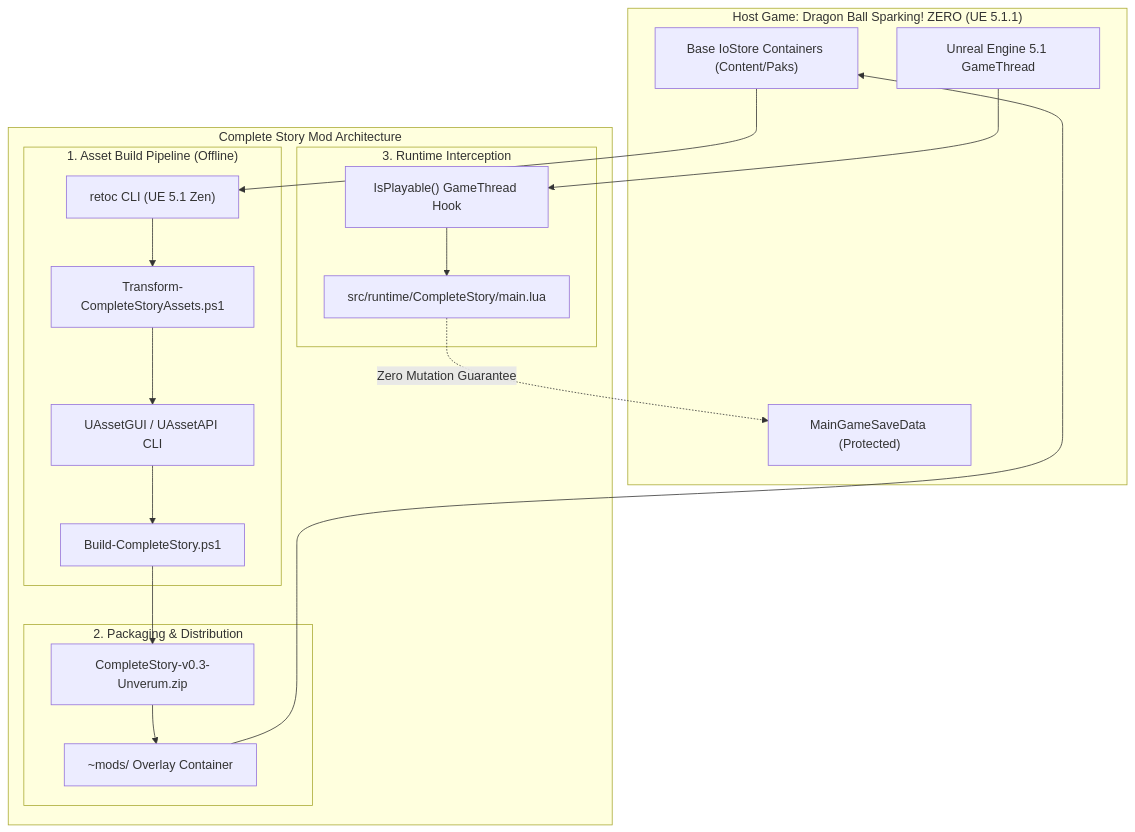
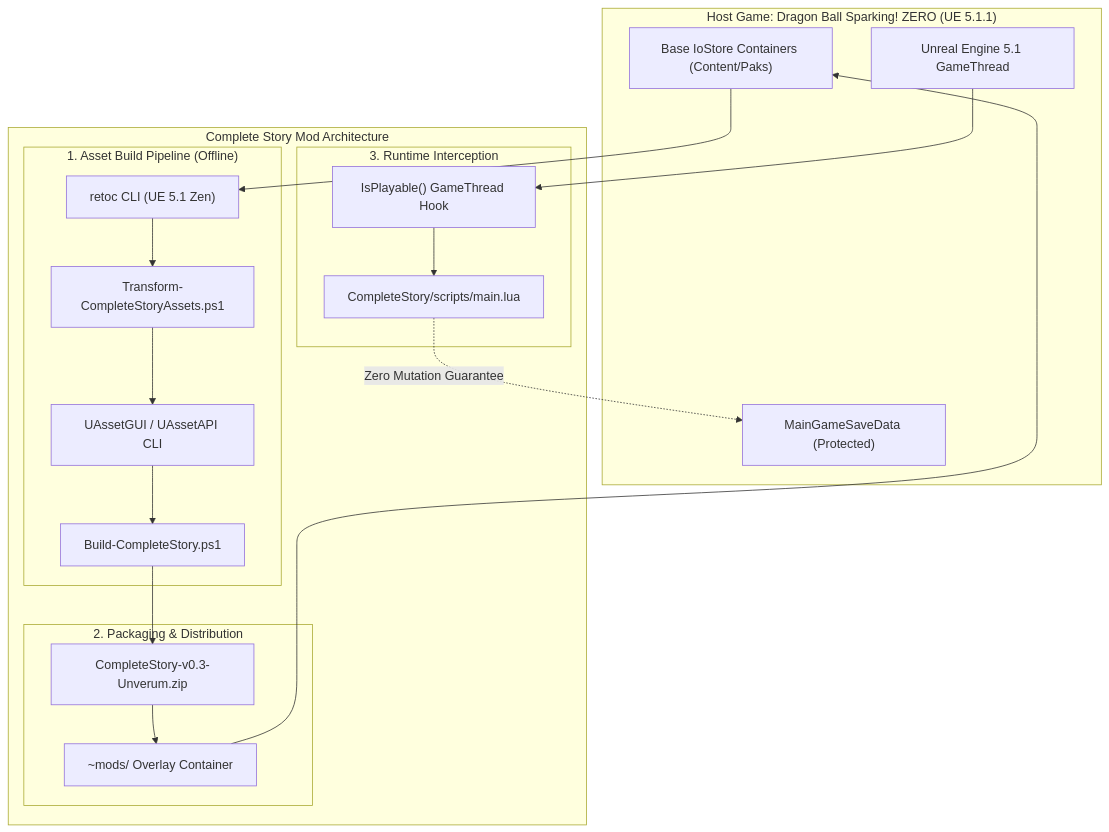
The first of 2 diagrams in docs/ARCHITECTURE.md (quirke0221-web/SparkingCompleteStory), drawn with Mermaid before and after one commit. The commit also changed other lines of this file and 10 other files, not shown here.

Commit message:
refactor(repo): adopt accessforge layout with root CompleteStory and helpers tooling

````diff
--- a/docs/ARCHITECTURE.md
+++ b/docs/ARCHITECTURE.md
@@ -13,38 +13,38 @@
 ```mermaid
 flowchart TB
     subgraph HostGame["Host Game: Dragon Ball Sparking! ZERO (UE 5.1.1)"]
         IoStore["Base IoStore Containers (Content/Paks)"]
         Engine["Unreal Engine 5.1 GameThread"]
         SaveSys["MainGameSaveData (Protected)"]
     end
 
     subgraph CompleteStorySystem["Complete Story Mod Architecture"]
         subgraph Subsystem1["1. Asset Build Pipeline (Offline)"]
             RetocTool["retoc CLI (UE 5.1 Zen)"]
             UAssetTool["UAssetGUI / UAssetAPI CLI"]
             TransformEngine["Transform-CompleteStoryAssets.ps1"]
             Orchestrator["Build-CompleteStory.ps1"]
         end
 
         subgraph Subsystem2["2. Packaging & Distribution"]
             UnverumZip["CompleteStory-v0.3-Unverum.zip"]
             ModOverlay["~mods/ Overlay Container"]
         end
 
         subgraph Subsystem3["3. Runtime Interception"]
-            UE4SSHook["src/runtime/CompleteStory/main.lua"]
+            UE4SSHook["CompleteStory/scripts/main.lua"]
             NativeInterceptor["IsPlayable() GameThread Hook"]
         end
     end
 
     IoStore --> RetocTool
     RetocTool --> TransformEngine
     TransformEngine --> UAssetTool
     UAssetTool --> Orchestrator
     Orchestrator --> UnverumZip
     UnverumZip --> ModOverlay
     ModOverlay --> IoStore
     Engine --> NativeInterceptor
     NativeInterceptor --> UE4SSHook
     UE4SSHook -.->|Zero Mutation Guarantee| SaveSys
 ```
````
